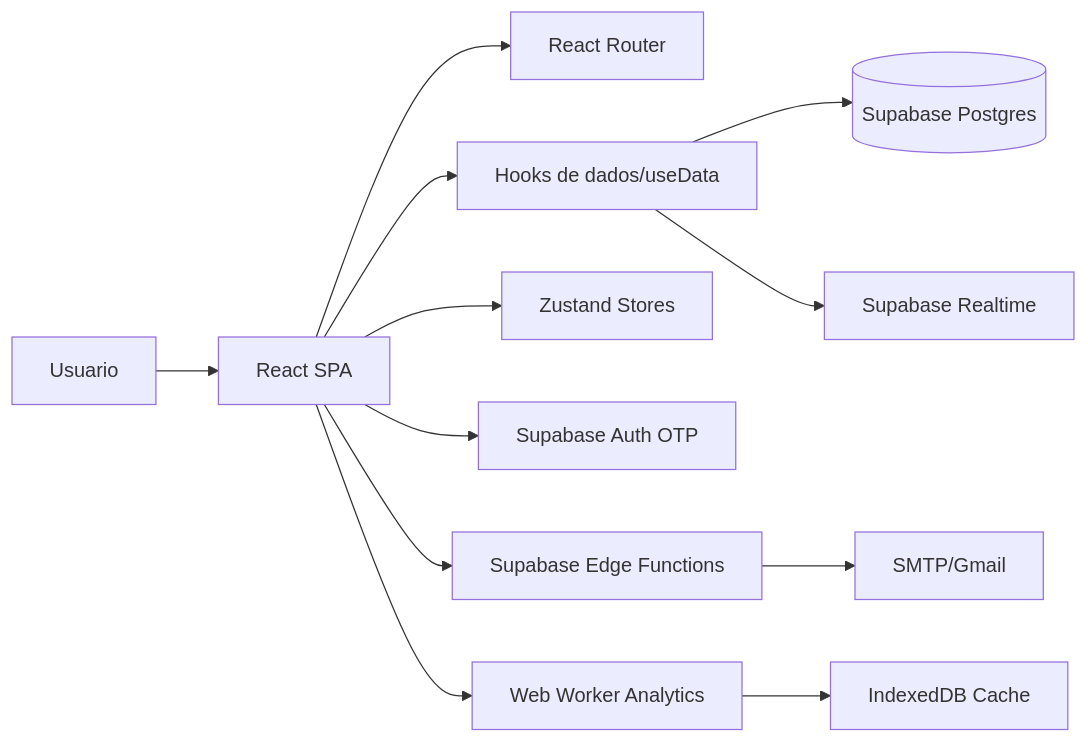
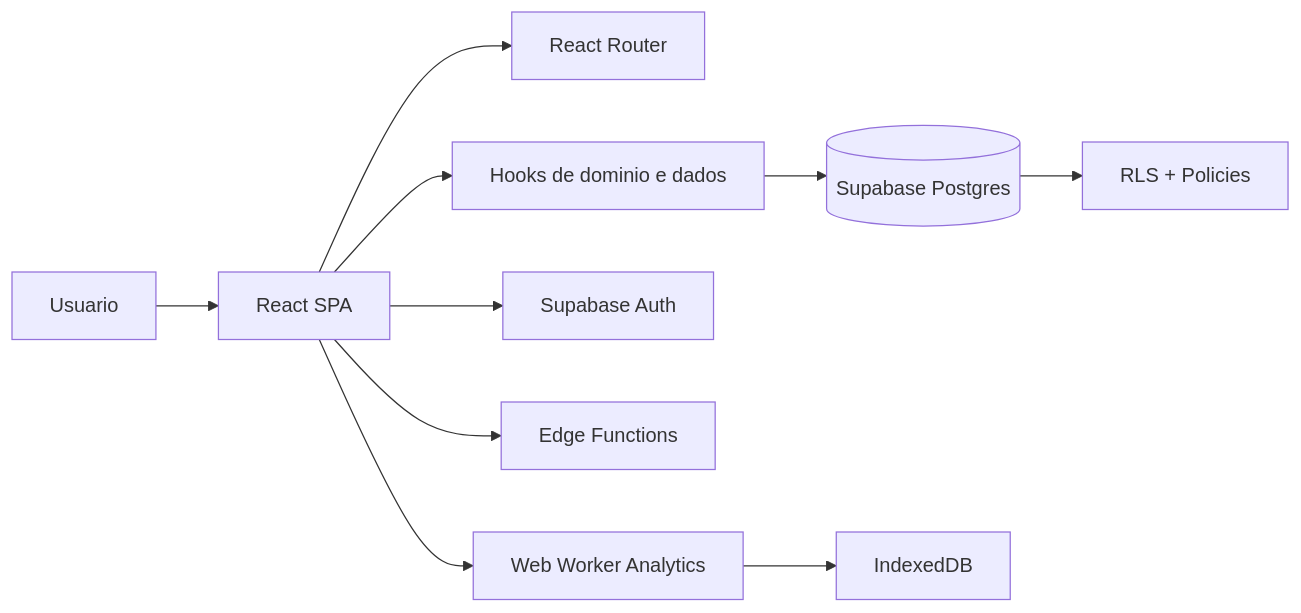
One commit to massarovictor/acerto-disciplina changed the first of 2 diagrams in SISTEMA.md. Above: the diagram before and after it, drawn with Mermaid. The commit also changed other lines of this file and 32 other files, not shown here.

````diff
--- a/SISTEMA.md
+++ b/SISTEMA.md
@@ -125,14 +43,12 @@
 ```mermaid
 flowchart LR
   U[Usuario] --> SPA[React SPA]
   SPA --> ROUTER[React Router]
-  SPA --> HOOKS[Hooks de dados/useData]
-  SPA --> STORES[Zustand Stores]
+  SPA --> HOOKS[Hooks de dominio e dados]
   HOOKS --> SB[(Supabase Postgres)]
-  HOOKS --> RT[Supabase Realtime]
-  SPA --> AUTH[Supabase Auth OTP]
-  SPA --> EDGE[Supabase Edge Functions]
-  EDGE --> SMTP[SMTP/Gmail]
+  SPA --> AUTH[Supabase Auth]
+  SB --> RLS[RLS + Policies]
+  SPA --> EDGE[Edge Functions]
   SPA --> WORKER[Web Worker Analytics]
-  WORKER --> IDB[IndexedDB Cache]
+  WORKER --> CACHE[IndexedDB]
 ```
````
